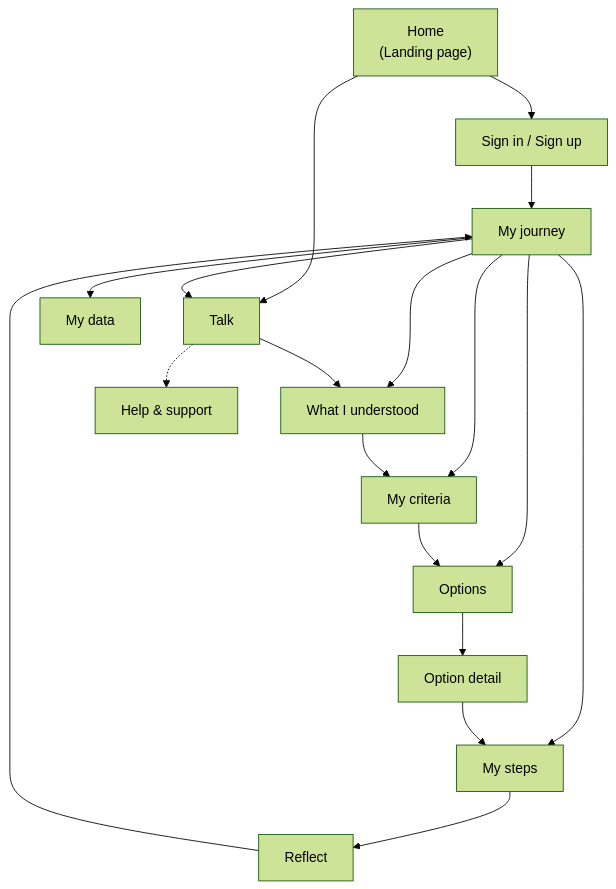
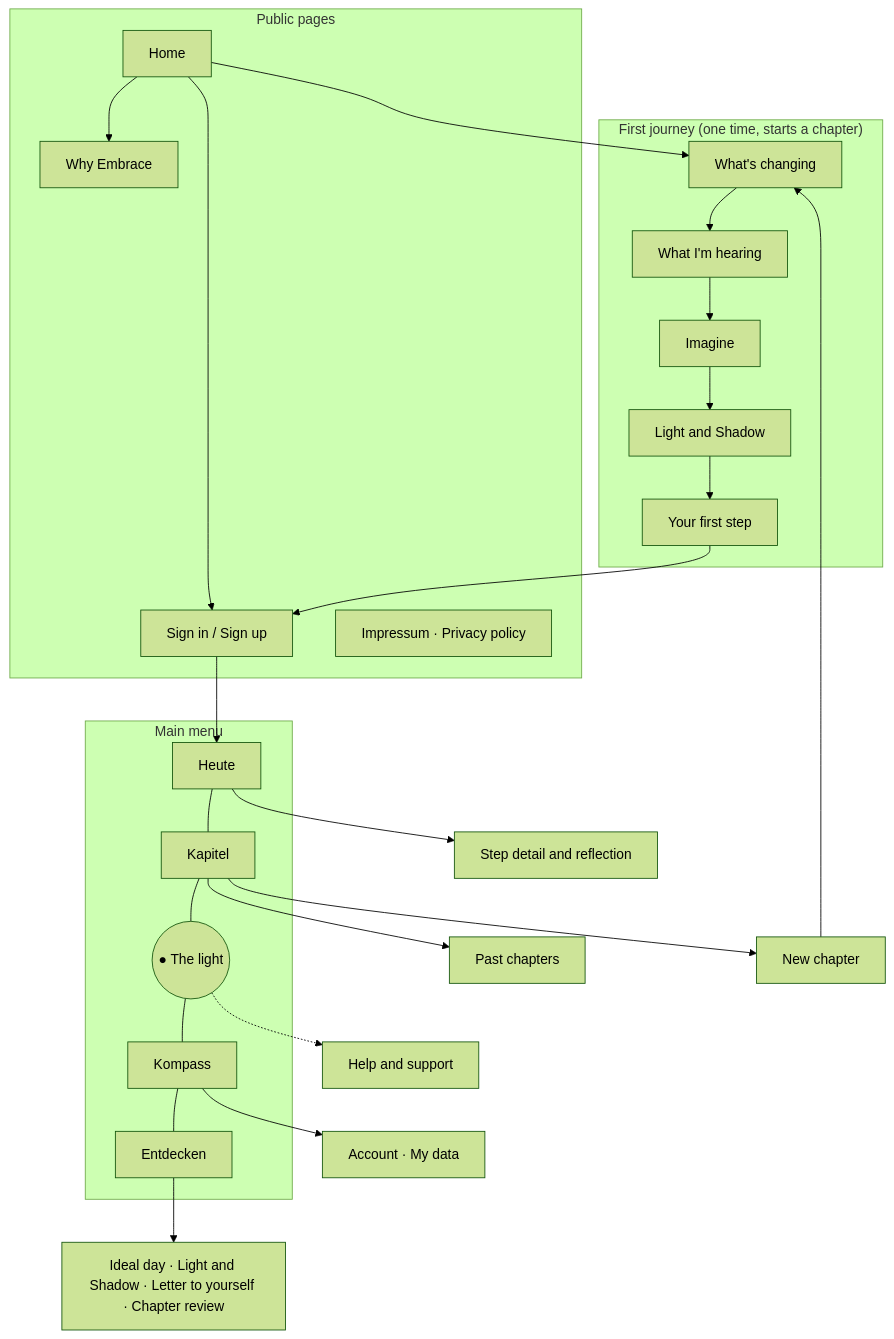
Before and after one commit to mirime1203-cmd/embrace-change: the diagram in docs/sitemap.md, drawn with Mermaid (forest theme). The commit also changed other lines of this file and 3 other files, not shown here.

First line of the commit message:
Update docs with chapter concept, vision and Light and Shadow method

````diff
--- a/docs/sitemap.md
+++ b/docs/sitemap.md
@@ -7,23 +9,43 @@
 ```mermaid
 flowchart TD
-    Home["Home<br/>(Landing page)"] --> SignIn["Sign in / Sign up"]
-    Home --> Talk["Talk"]
-    SignIn --> Journey["My journey"]
+    subgraph Public["Public pages"]
+        Home["Home"]
+        Why["Why Embrace"]
+        SignIn["Sign in / Sign up"]
+        Legal["Impressum · Privacy policy"]
+    end
 
-    Journey --> Talk
-    Journey --> Summary["What I understood"]
-    Journey --> Criteria["My criteria"]
-    Journey --> Options["Options"]
-    Journey --> Steps["My steps"]
+    subgraph First["First journey (one time, starts a chapter)"]
+        Changing["What's changing"]
+        Hearing["What I'm hearing"]
+        Imagine["Imagine"]
+        LightShadow["Light and Shadow"]
+        Step["Your first step"]
+    end
 
-    Talk --> Summary
-    Summary --> Criteria
-    Criteria --> Options
-    Options --> OptionDetail["Option detail"]
-    OptionDetail --> Steps
-    Steps --> Reflect["Reflect"]
-    Reflect --> Journey
+    subgraph App["Main menu"]
+        Today["Heute"]
+        Chapter["Kapitel"]
+        Light(("● The light"))
+        Kompass["Kompass"]
+        Discover["Entdecken"]
+    end
 
-    Talk -.-> Help["Help & support"]
-    Journey --> Settings["My data"]
+    Home --> Changing
+    Home --> Why
+    Home --> SignIn
+    Changing --> Hearing --> Imagine --> LightShadow --> Step
+    Step --> SignIn
+    SignIn --> Today
+
+    Today --- Chapter --- Light --- Kompass --- Discover
+
+    Today --> StepDetail["Step detail and reflection"]
+    Chapter --> PastChapters["Past chapters"]
+    Chapter --> NewChapter["New chapter"]
+    NewChapter --> Changing
+    Discover --> Rituals["Ideal day · Light and Shadow · Letter to yourself · Chapter review"]
+    Kompass --> Account["Account · My data"]
+
+    Light -.-> Help["Help and support"]
 ```
````
